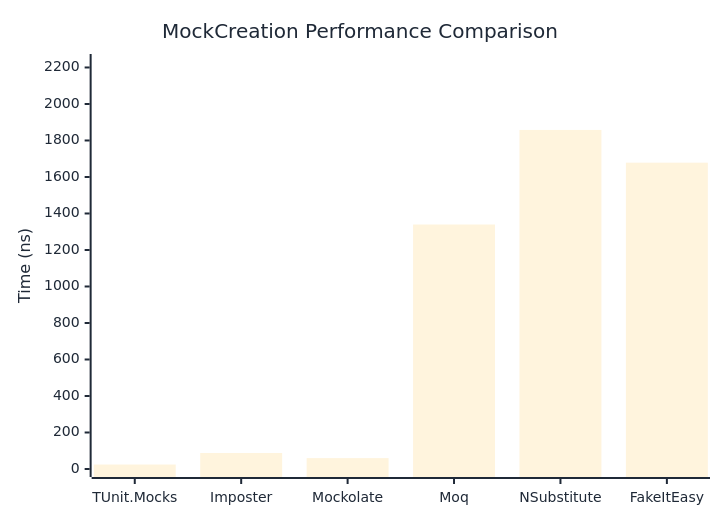
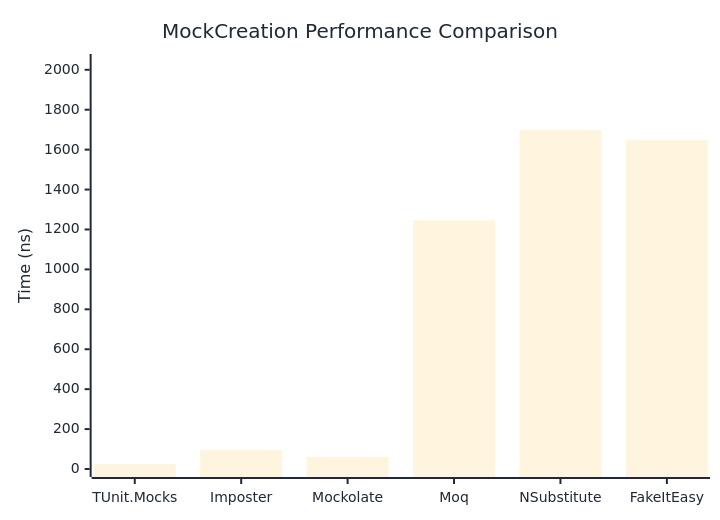
Before and after one commit to thomhurst/TUnit: the first of 2 diagrams in docs/docs/benchmarks/mocks/MockCreation.md, drawn with Mermaid. The commit also changed other lines of this file and 14 other files, not shown here.

````diff
--- a/docs/docs/benchmarks/mocks/MockCreation.md
+++ b/docs/docs/benchmarks/mocks/MockCreation.md
@@ -28,27 +28,27 @@
 ```mermaid
 %%{init: {
   'theme':'base',
   'themeVariables': {
     'primaryColor': '#2563eb',
     'primaryTextColor': '#1f2937',
     'primaryBorderColor': '#1e40af',
     'lineColor': '#6b7280',
     'secondaryColor': '#7c3aed',
     'tertiaryColor': '#dc2626',
     'background': '#ffffff',
     'pie1': '#2563eb',
     'pie2': '#7c3aed',
     'pie3': '#dc2626',
     'pie4': '#f59e0b',
     'pie5': '#10b981',
     'pie6': '#06b6d4',
     'pie7': '#ec4899',
     'pie8': '#6366f1'
   }
 }}%%
 xychart-beta
   title "MockCreation Performance Comparison"
   x-axis ["TUnit.Mocks", "Imposter", "Mockolate", "Moq", "NSubstitute", "FakeItEasy"]
-  y-axis "Time (ns)" 0 --> 2230
-  bar [24.55, 87.66, 59.75, 1339.56, 1857.81, 1678.45]
+  y-axis "Time (ns)" 0 --> 2039
+  bar [26.23, 95.47, 60.9, 1245.6, 1698.57, 1647.29]
 ```
````
